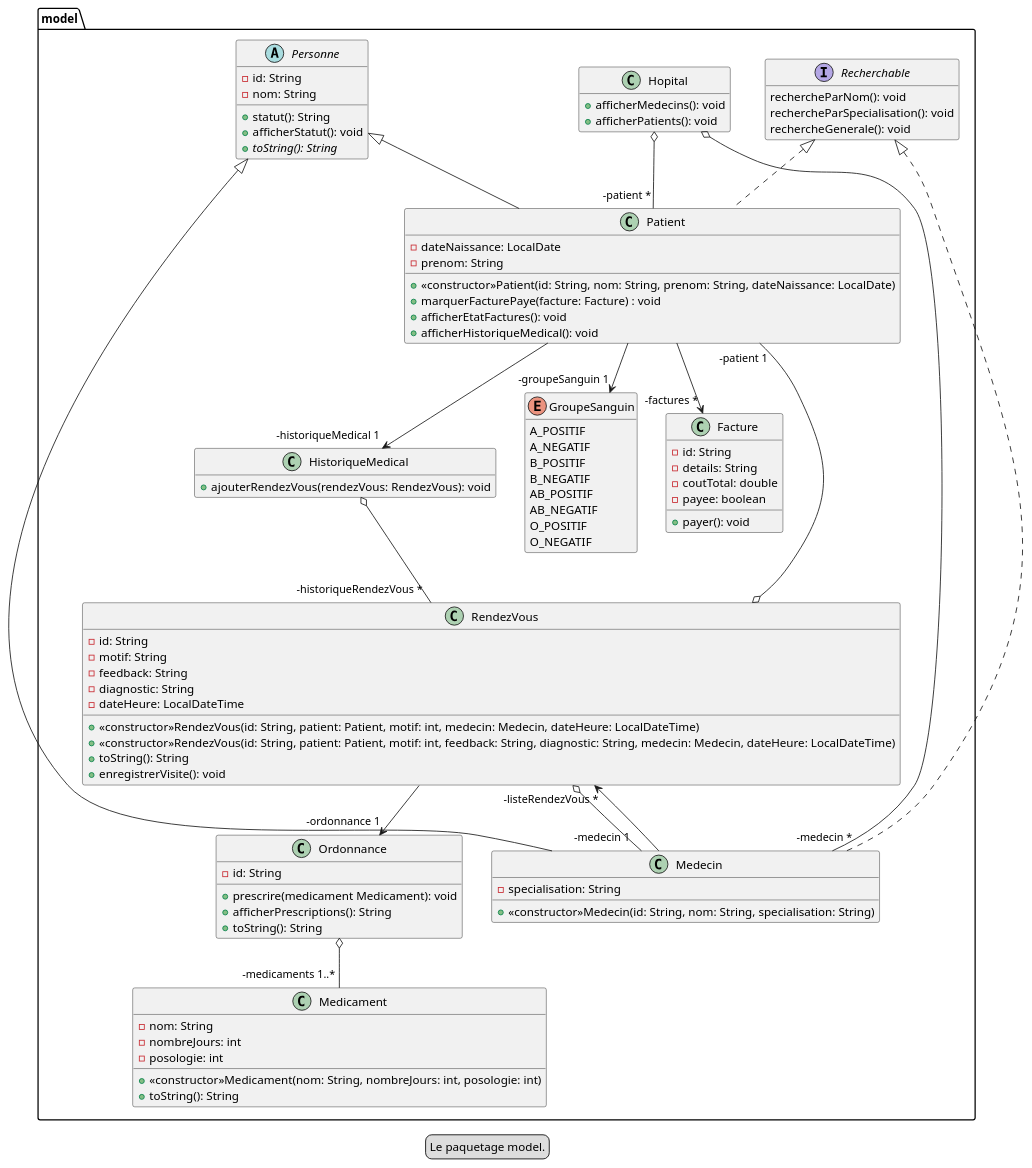
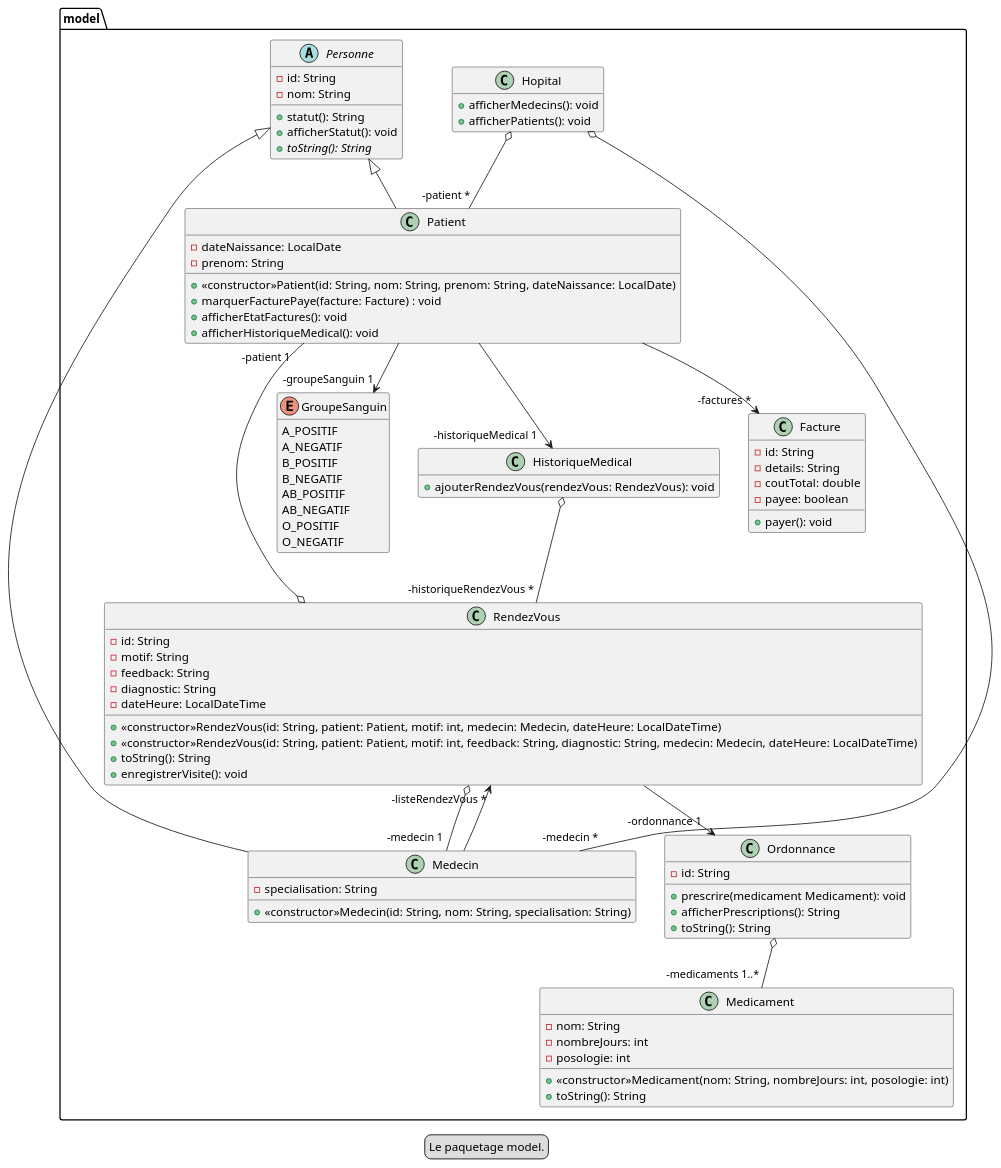
Before and after one commit to carlkolodziejski/hopital: the diagram in plantuml/diagrammeModele.puml, drawn with PlantUML. The commit also changed 1 other file, not shown here.

Commit message:
Suppression de l'interface Recherchable qui ne fait pas de sens dans la structure du programme

```diff
--- a/plantuml/diagrammeModele.puml
+++ b/plantuml/diagrammeModele.puml
@@ -1,118 +1,112 @@
 @startuml
 
 legend Le paquetage model.
 
 hide empty members
 
 package model {
 
     abstract class Personne {
         -id: String
         -nom: String
 
         +statut(): String
         +afficherStatut(): void
         +{abstract}toString(): String
     }
 
-    class Patient extends Personne implements Recherchable {
+    class Patient extends Personne {
         -dateNaissance: LocalDate
         -prenom: String
 
         +<<constructor>>Patient(id: String, nom: String, prenom: String, dateNaissance: LocalDate)
         +marquerFacturePaye(facture: Facture) : void
         +afficherEtatFactures(): void
         +afficherHistoriqueMedical(): void
     }
 
 
-    class Medecin extends Personne implements Recherchable {
+    class Medecin extends Personne {
         -specialisation: String
 
         +<<constructor>>Medecin(id: String, nom: String, specialisation: String)
     }
 
     class RendezVous {
         -id: String
         -motif: String
         -feedback: String
         -diagnostic: String
         -dateHeure: LocalDateTime
 
         +<<constructor>>RendezVous(id: String, patient: Patient, motif: int, medecin: Medecin, dateHeure: LocalDateTime)
         +<<constructor>>RendezVous(id: String, patient: Patient, motif: int, feedback: String, diagnostic: String, medecin: Medecin, dateHeure: LocalDateTime)
         +toString(): String
         +enregistrerVisite(): void
     }
 
     class Ordonnance {
         -id: String
 
         +prescrire(medicament Medicament): void
         +afficherPrescriptions(): String
         +toString(): String
     }
 
     class Medicament {
         -nom: String
         -nombreJours: int
         -posologie: int
 
         +<<constructor>>Medicament(nom: String, nombreJours: int, posologie: int)
         +toString(): String
     }
 
     class Facture {
         -id: String
         -details: String
         -coutTotal: double
         -payee: boolean
 
         +payer(): void
     }
 
     class Hopital {
         +afficherMedecins(): void
         +afficherPatients(): void
     }
 
     class HistoriqueMedical {
         +ajouterRendezVous(rendezVous: RendezVous): void
     }
 
-    interface Recherchable {
-        rechercheParNom(): void
-        rechercheParSpecialisation(): void
-        rechercheGenerale(): void
-    }
-
     enum GroupeSanguin {
         A_POSITIF
         A_NEGATIF
         B_POSITIF
         B_NEGATIF
         AB_POSITIF
         AB_NEGATIF
         O_POSITIF
         O_NEGATIF
     }
 
     Patient --> "-factures *" Facture
     Patient --> "-groupeSanguin 1" GroupeSanguin
     Patient --> "-historiqueMedical 1" HistoriqueMedical
 
     Medecin --> "-listeRendezVous *" RendezVous
 
     RendezVous o-- "-medecin 1" Medecin
     RendezVous o-- "-patient 1" Patient
     RendezVous --> "-ordonnance 1" Ordonnance
 
     Ordonnance o-- "-medicaments 1..*" Medicament
 
     Hopital o-- "-medecin *" Medecin
     Hopital o-- "-patient *" Patient
 
     HistoriqueMedical o-- "-historiqueRendezVous *" RendezVous
 }
 
 @enduml
```
